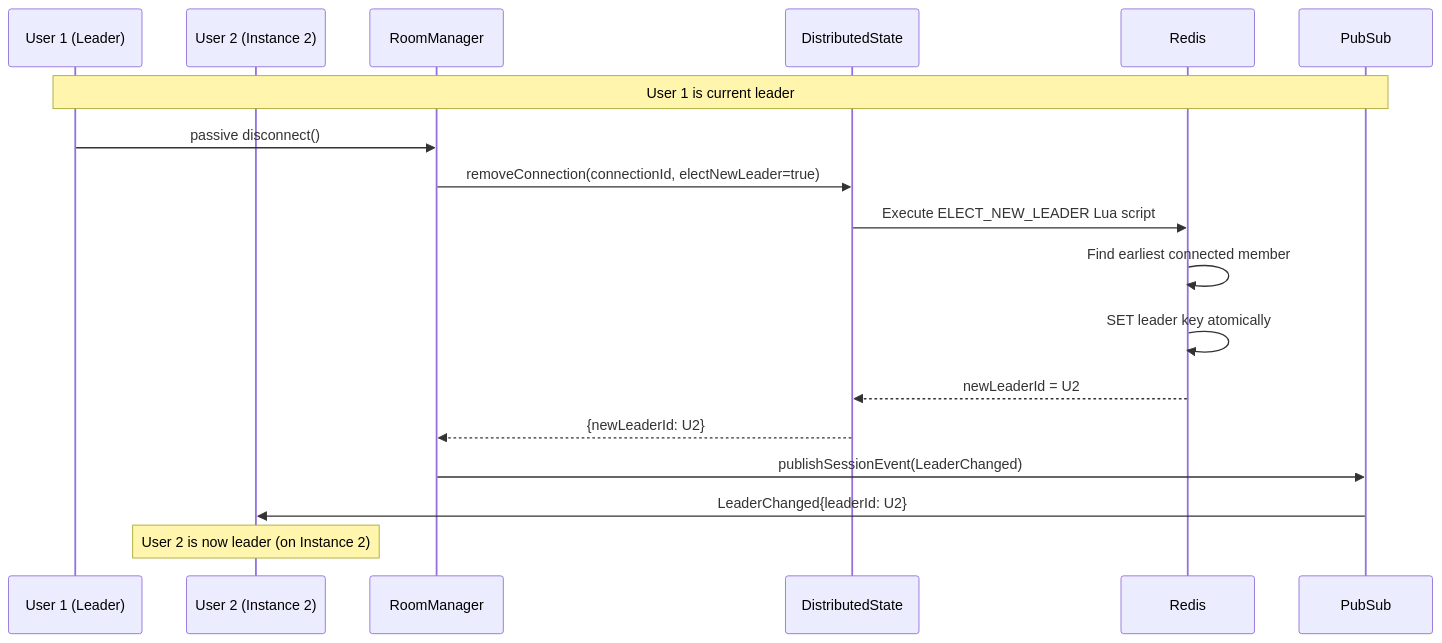
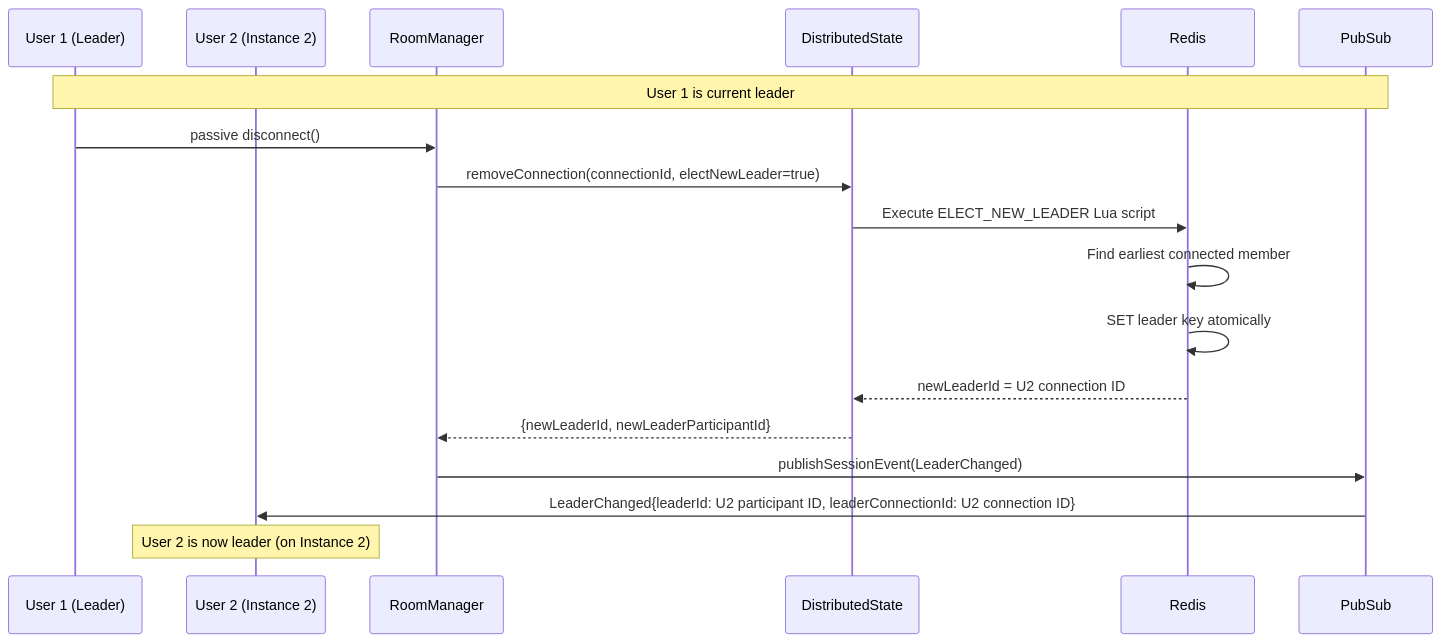
One commit to LucVermeer/board-analysis changed the second of 14 diagrams in docs/websocket-implementation.md. Above: the diagram before and after it, drawn with Mermaid. The commit also changed other lines of this file and 14 other files, not shown here.

````diff
--- a/docs/websocket-implementation.md
+++ b/docs/websocket-implementation.md
@@ -482,23 +482,23 @@
 ```mermaid
 sequenceDiagram
     participant U1 as User 1 (Leader)
     participant U2 as User 2 (Instance 2)
     participant RM as RoomManager
     participant DS as DistributedState
     participant R as Redis
     participant PS as PubSub
 
     Note over U1,PS: User 1 is current leader
 
     U1->>RM: passive disconnect()
     RM->>DS: removeConnection(connectionId, electNewLeader=true)
     DS->>R: Execute ELECT_NEW_LEADER Lua script
     R->>R: Find earliest connected member
     R->>R: SET leader key atomically
-    R-->>DS: newLeaderId = U2
-    DS-->>RM: {newLeaderId: U2}
+    R-->>DS: newLeaderId = U2 connection ID
+    DS-->>RM: {newLeaderId, newLeaderParticipantId}
     RM->>PS: publishSessionEvent(LeaderChanged)
-    PS->>U2: LeaderChanged{leaderId: U2}
+    PS->>U2: LeaderChanged{leaderId: U2 participant ID, leaderConnectionId: U2 connection ID}
 
     Note over U2: User 2 is now leader (on Instance 2)
 ```
````
